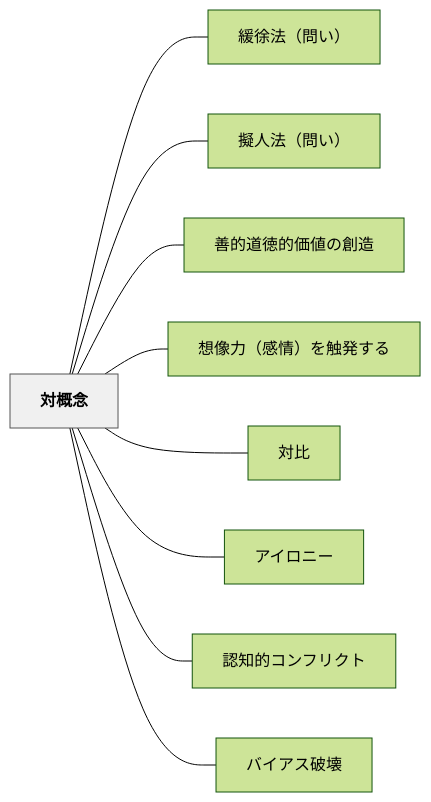
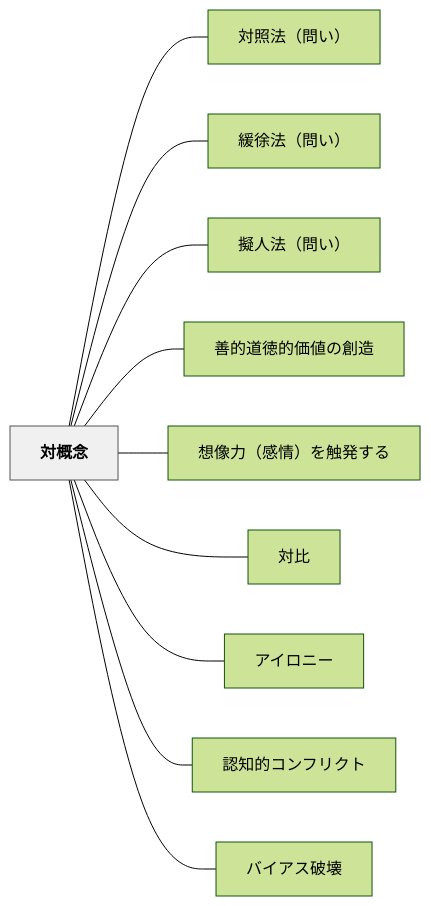
Before and after one commit to unknownthings-ed-patterns/unknownthings-ed-patterns: the diagram in content/パタン/対概念.md, drawn with Mermaid (forest theme). The commit also changed other lines of this file and 44 other files, not shown here.

````diff
--- a/content/パタン/対概念.md
+++ b/content/パタン/対概念.md
@@ -51,24 +52,26 @@
 ```mermaid
 flowchart LR
     ne5afbee6a682e5bfb5["対概念"]
+    ne5afbee785a7e6b395efbc88e5958fe38184efbc89["対照法（問い）"]
     ne7b7a9e5be90e6b395efbc88e5958fe38184efbc89["緩徐法（問い）"]
     ne693ace4babae6b395efbc88e5958fe38184efbc89["擬人法（問い）"]
     ne59684e79a84e98193e5beb3e79a84e4bea1e580a4e381aee589b5e980a0["善的道徳的価値の創造"]
     ne683b3e5838fe58a9befbc88e6849fe68385efbc89e38292e8a7a6e799bae38199e3828b["想像力（感情）を触発する"]
     ne5afbee6af94["対比"]
     ne382a2e382a4e383ade3838be383bc["アイロニー"]
     ne8aa8de79fa5e79a84e382b3e383b3e38395e383aae382afe38388["認知的コンフリクト"]
     ne38390e382a4e382a2e382b9e7a0b4e5a38a["バイアス破壊"]
 
+    ne5afbee6a682e5bfb5 --- ne5afbee785a7e6b395efbc88e5958fe38184efbc89
     ne5afbee6a682e5bfb5 --- ne7b7a9e5be90e6b395efbc88e5958fe38184efbc89
     ne5afbee6a682e5bfb5 --- ne693ace4babae6b395efbc88e5958fe38184efbc89
     ne5afbee6a682e5bfb5 --- ne59684e79a84e98193e5beb3e79a84e4bea1e580a4e381aee589b5e980a0
     ne5afbee6a682e5bfb5 --- ne683b3e5838fe58a9befbc88e6849fe68385efbc89e38292e8a7a6e799bae38199e3828b
     ne5afbee6a682e5bfb5 --- ne5afbee6af94
     ne5afbee6a682e5bfb5 --- ne382a2e382a4e383ade3838be383bc
     ne5afbee6a682e5bfb5 --- ne8aa8de79fa5e79a84e382b3e383b3e38395e383aae382afe38388
     ne5afbee6a682e5bfb5 --- ne38390e382a4e382a2e382b9e7a0b4e5a38a
 
     classDef hub fill:#f0f0f0,stroke:#555,color:#000,font-weight:bold
     class ne5afbee6a682e5bfb5 hub
 ```
````
